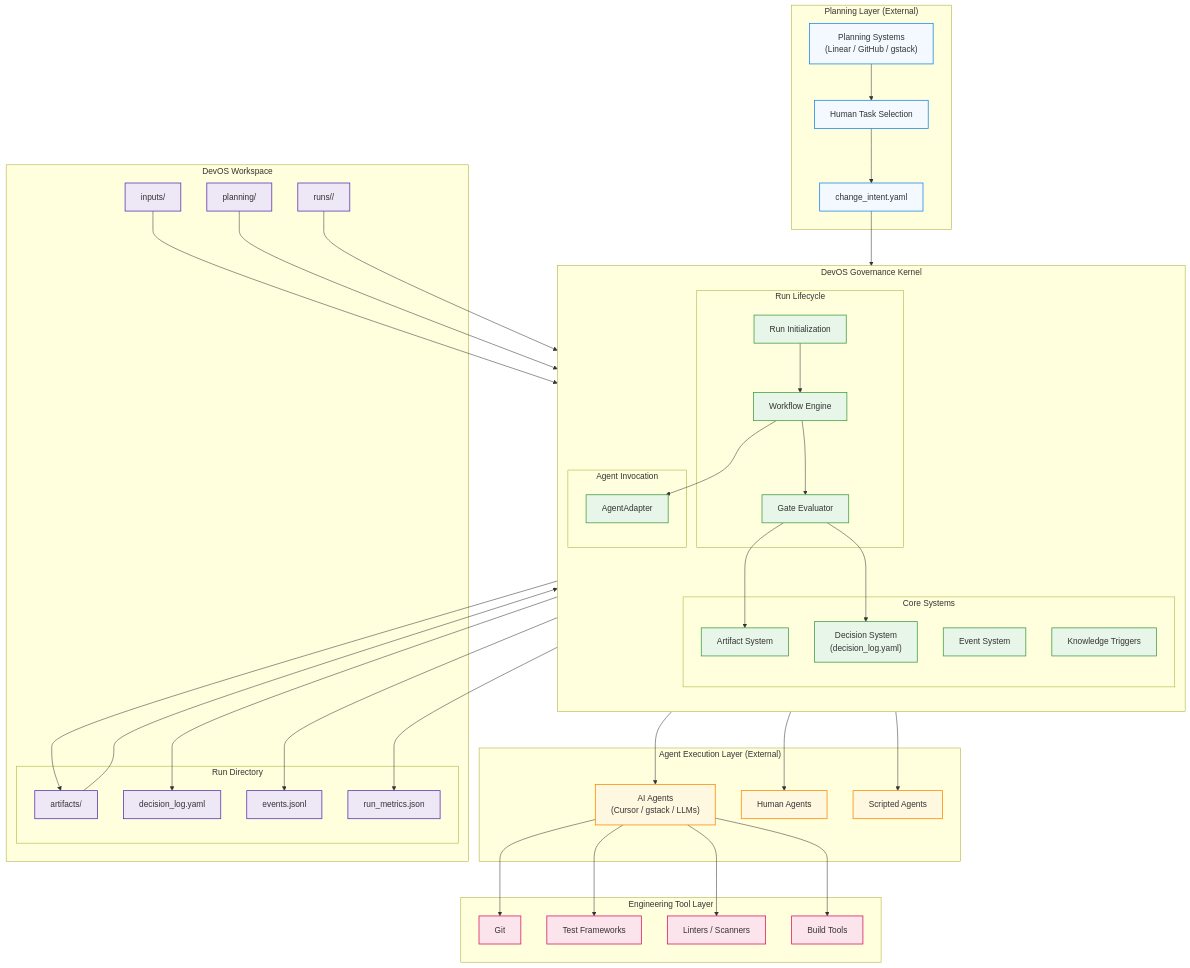
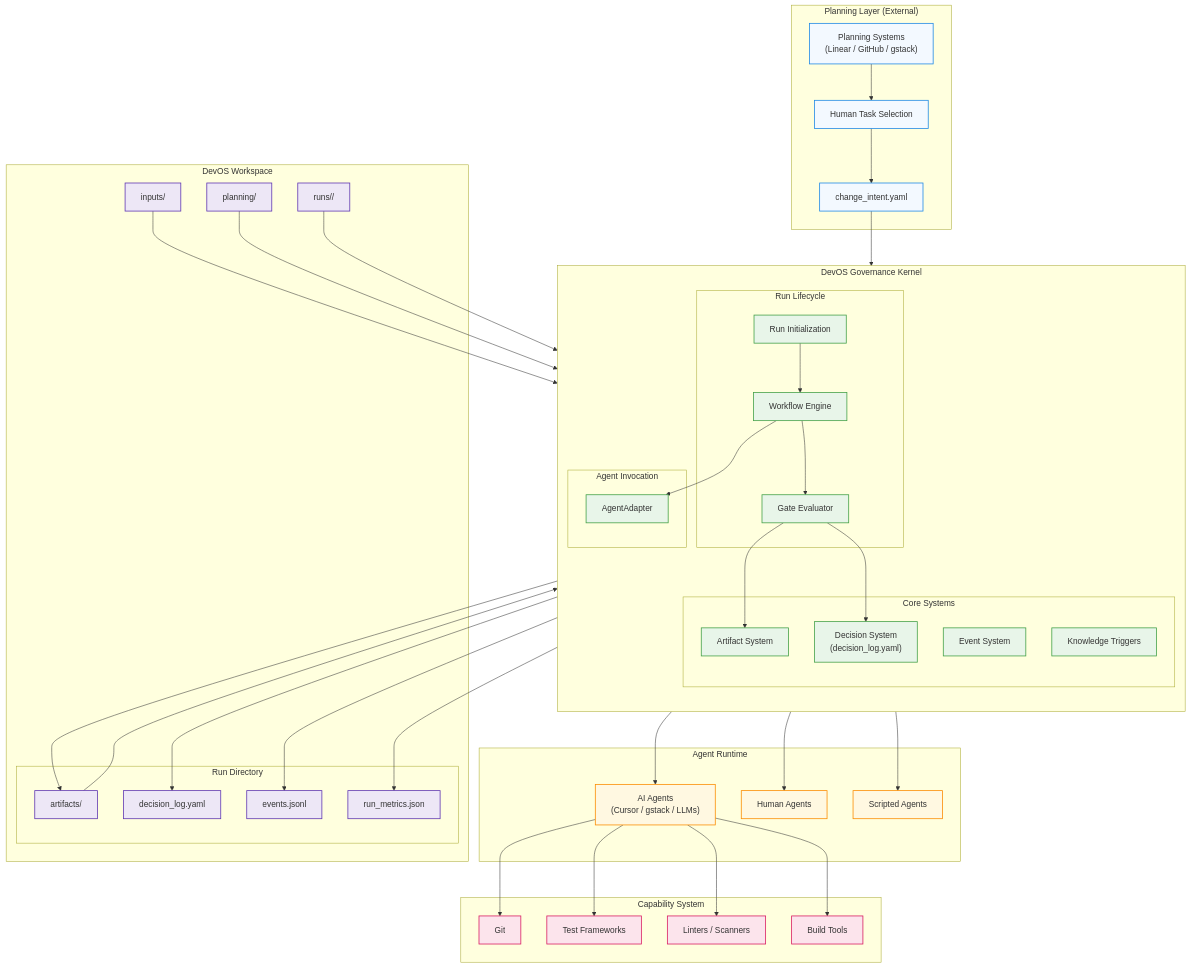
The diagram in docs/vision/system_architecture.md (user14232/human-governed-ai-framework), drawn with Mermaid before and after one commit. The commit also changed other lines of this file and 352 other files, not shown here.

First line of the commit message:
docs: update DevOS architecture documentation and clarify system roles

```diff
--- a/docs/vision/system_architecture.md
+++ b/docs/vision/system_architecture.md
@@ -60,10 +60,10 @@
 
 
 %% -------------------------------------------------
-%% Agent Execution Layer
+%% Agent Runtime
 %% -------------------------------------------------
 
-subgraph AGENTS["Agent Execution Layer (External)"]
+subgraph AGENTS["Agent Runtime"]
 
     A2["AI Agents<br>(Cursor / gstack / LLMs)"]
     A3["Human Agents"]
@@ -73,10 +73,10 @@
 
 
 %% -------------------------------------------------
-%% Engineering Tool Layer
+%% Capability System
 %% -------------------------------------------------
 
-subgraph TOOLS["Engineering Tool Layer"]
+subgraph TOOLS["Capability System"]
 
     T1["Git"]
     T2["Test Frameworks"]
```
